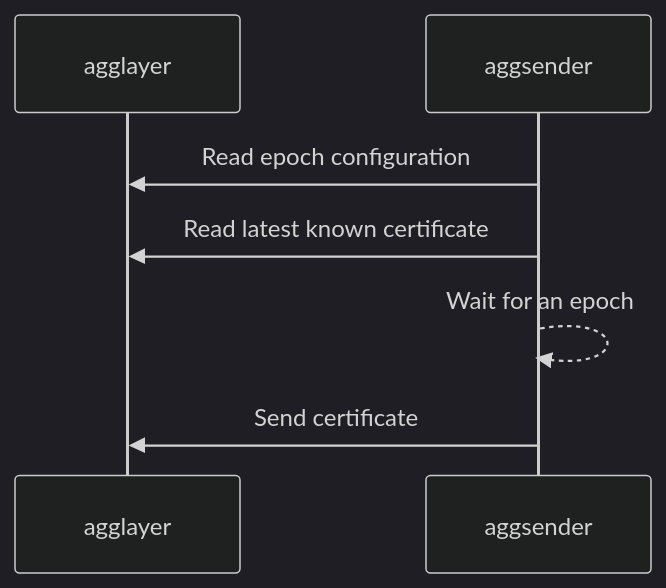
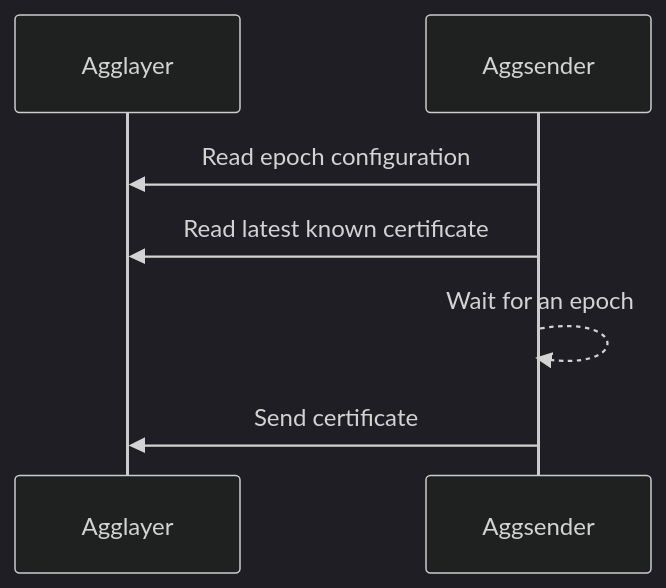
Before and after one commit to agglayer/aggkit: the diagram in docs/aggsender.md, drawn with Mermaid (dark theme). The commit also changed other lines of this file and 1 other file, not shown here.

Commit message:
add aggsender component diagram

````diff
--- a/docs/aggsender.md
+++ b/docs/aggsender.md
@@ -19,10 +22,10 @@
 ```mermaid
 sequenceDiagram
-    participant agglayer
-    participant aggsender
+    participant Agglayer
+    participant Aggsender
 
-    aggsender->>agglayer: Read epoch configuration
-    aggsender->>agglayer: Read latest known certificate
-    aggsender-->>aggsender: Wait for an epoch
-    aggsender->>agglayer: Send certificate
+    Aggsender->>Agglayer: Read epoch configuration
+    Aggsender->>Agglayer: Read latest known certificate
+    Aggsender-->>Aggsender: Wait for an epoch
+    Aggsender->>Agglayer: Send certificate
 ```
````
